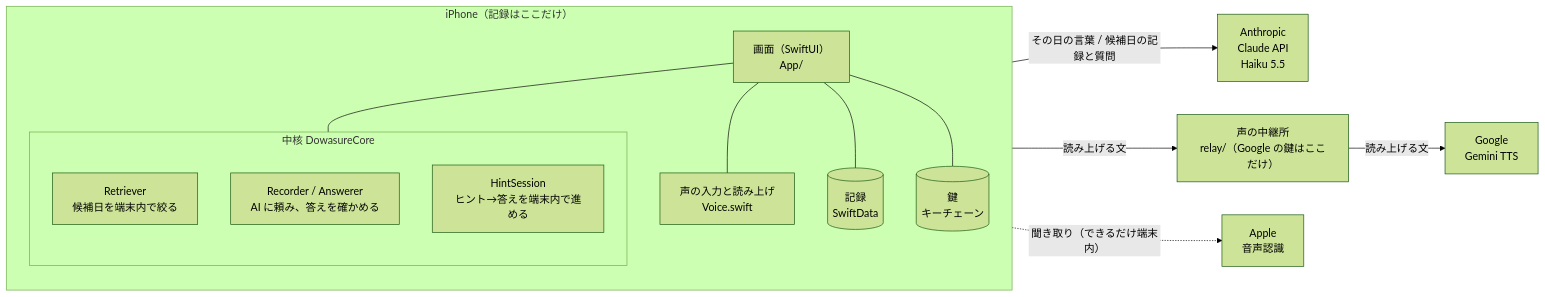
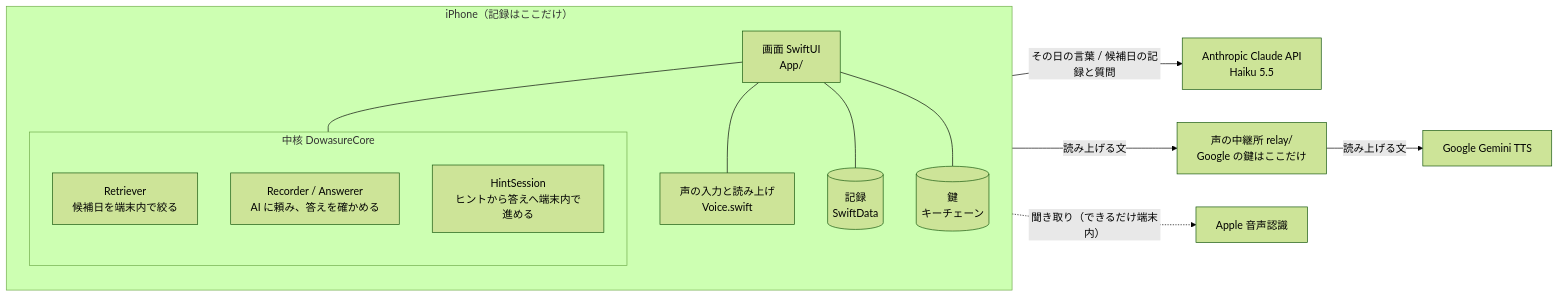
The second of 2 diagrams in README.md (TadFuji/dowasure-aibou), drawn with Mermaid (forest theme) before and after one commit. The commit also changed other lines of this file and 13 other files, not shown here.

````diff
--- a/README.md
+++ b/README.md
@@ -112,24 +199,24 @@
 ```mermaid
 flowchart LR
-    subgraph iPhone["iPhone（記録はここだけ）"]
+    subgraph Phone["iPhone（記録はここだけ）"]
         direction TB
-        UI["画面（SwiftUI）<br/>App/"]
+        UI["画面 SwiftUI<br/>App/"]
         Voice["声の入力と読み上げ<br/>Voice.swift"]
         Store[("記録<br/>SwiftData")]
         Key[("鍵<br/>キーチェーン")]
         subgraph Core["中核 DowasureCore"]
             direction TB
             Ret["Retriever<br/>候補日を端末内で絞る"]
             Svc["Recorder / Answerer<br/>AI に頼み、答えを確かめる"]
-            Hint["HintSession<br/>ヒント→答えを端末内で進める"]
+            Hint["HintSession<br/>ヒントから答えへ端末内で進める"]
         end
         UI --- Voice
         UI --- Store
         UI --- Key
         UI --- Core
     end
-    Svc -- "その日の言葉 / 候補日の記録と質問" --> Claude["Anthropic<br/>Claude API<br/>Haiku 5.5"]
-    Voice -- "読み上げる文" --> Relay["声の中継所<br/>relay/（Google の鍵はここだけ）"]
-    Relay -- "読み上げる文" --> Gemini["Google<br/>Gemini TTS"]
-    Voice -. "聞き取り（できるだけ端末内）" .-> Speech["Apple<br/>音声認識"]
+    Svc -- "その日の言葉 / 候補日の記録と質問" --> Claude["Anthropic Claude API<br/>Haiku 5.5"]
+    Voice -- "読み上げる文" --> Relay["声の中継所 relay/<br/>Google の鍵はここだけ"]
+    Relay -- "読み上げる文" --> Gemini["Google Gemini TTS"]
+    Voice -. "聞き取り（できるだけ端末内）" .-> Speech["Apple 音声認識"]
 ```
````
